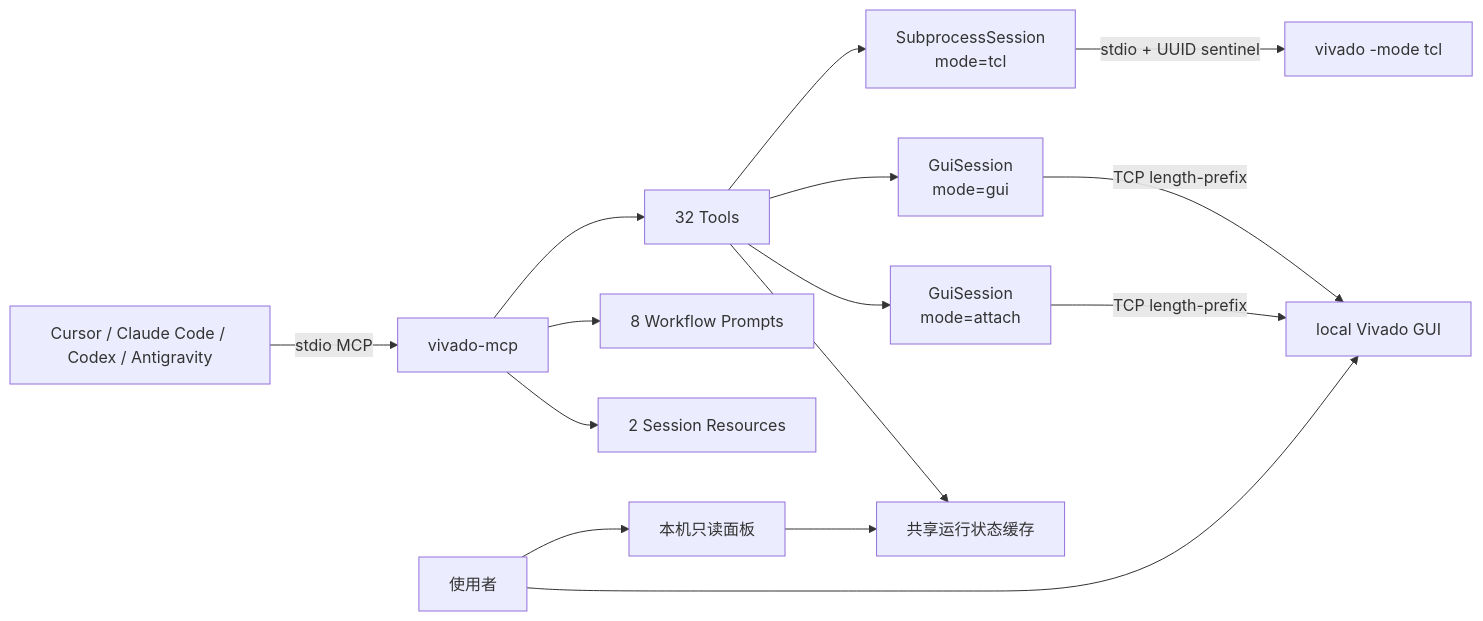
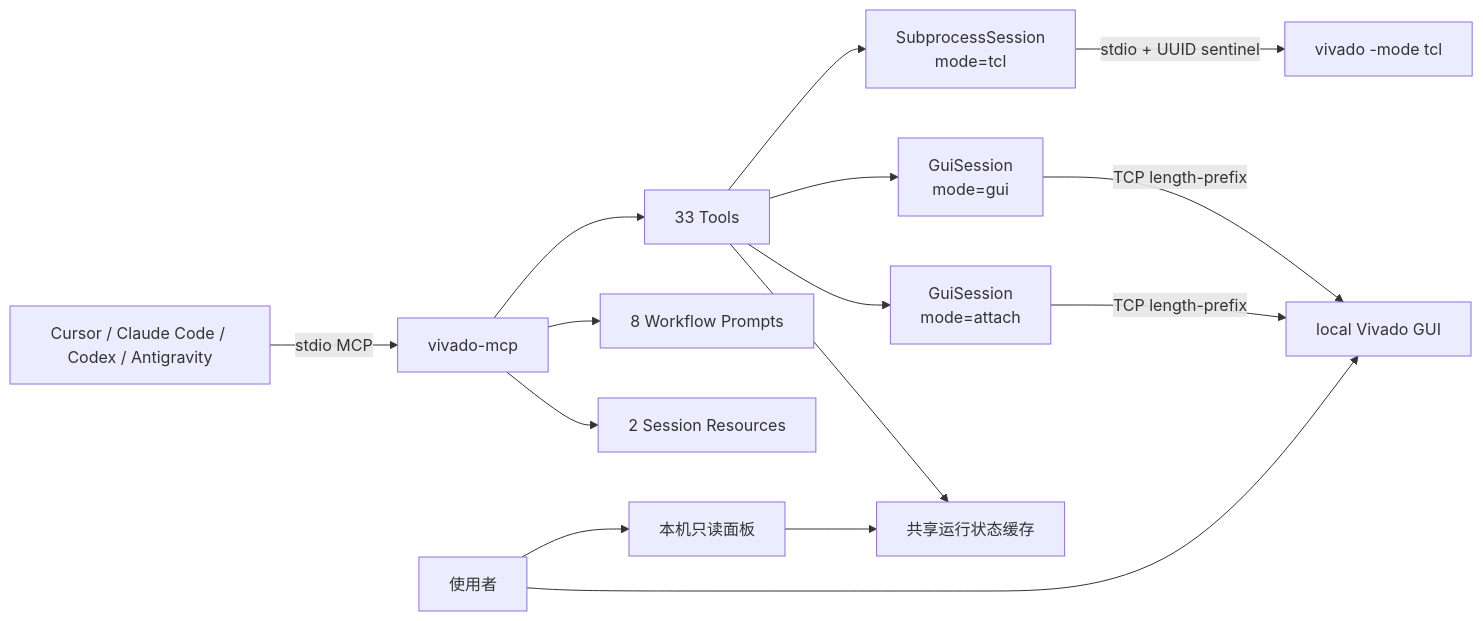
The diagram in README.md (otter-fpga-lab/otter-vivado), drawn with Mermaid before and after one commit. The commit also changed other lines of this file and 29 other files, not shown here.

````diff
--- a/README.md
+++ b/README.md
@@ -515,17 +521,17 @@
 ```mermaid
 flowchart LR
     Agent["Cursor / Claude Code / Codex / Antigravity"] -->|"stdio MCP"| MCP["vivado-mcp"]
-    MCP --> Tools["32 Tools"]
+    MCP --> Tools["33 Tools"]
     MCP --> Prompts["8 Workflow Prompts"]
     MCP --> Resources["2 Session Resources"]
     Tools --> Tcl["SubprocessSession\nmode=tcl"]
     Tools --> Gui["GuiSession\nmode=gui"]
     Tools --> Attach["GuiSession\nmode=attach"]
     Tcl -->|"stdio + UUID sentinel"| VivadoTcl["vivado -mode tcl"]
     Gui -->|"TCP length-prefix"| VivadoGui["local Vivado GUI"]
     Attach -->|"TCP length-prefix"| VivadoGui
     Tools --> Monitor["共享运行状态缓存"]
     Human["使用者"] --> VivadoGui
     Human --> View["本机只读面板"]
     View --> Monitor
 ```
````
